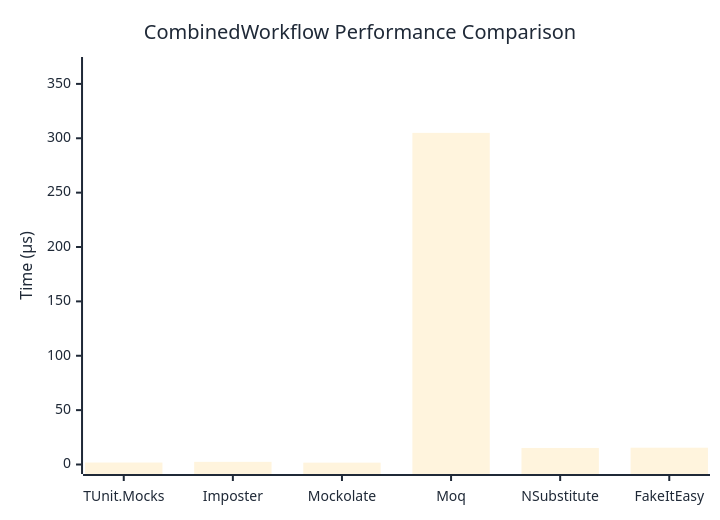
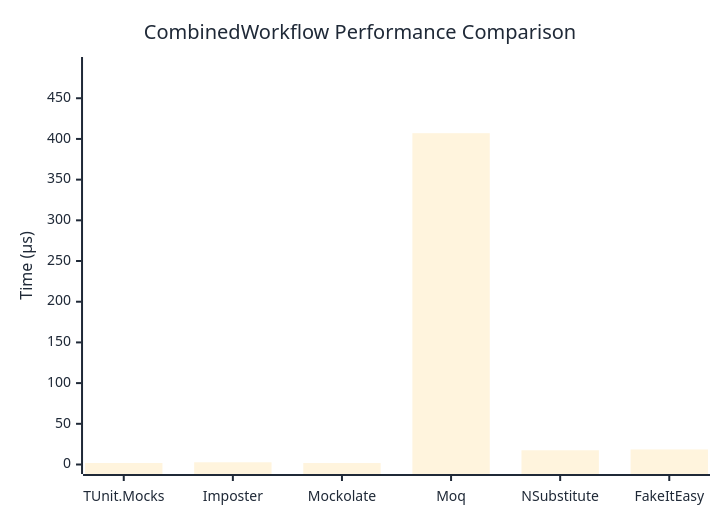
One commit to thomhurst/TUnit changed the diagram in docs/docs/benchmarks/mocks/CombinedWorkflow.md. Above: the diagram before and after it, drawn with Mermaid. The commit also changed other lines of this file and 14 other files, not shown here.

````diff
--- a/docs/docs/benchmarks/mocks/CombinedWorkflow.md
+++ b/docs/docs/benchmarks/mocks/CombinedWorkflow.md
@@ -28,27 +28,27 @@
 ```mermaid
 %%{init: {
   'theme':'base',
   'themeVariables': {
     'primaryColor': '#2563eb',
     'primaryTextColor': '#1f2937',
     'primaryBorderColor': '#1e40af',
     'lineColor': '#6b7280',
     'secondaryColor': '#7c3aed',
     'tertiaryColor': '#dc2626',
     'background': '#ffffff',
     'pie1': '#2563eb',
     'pie2': '#7c3aed',
     'pie3': '#dc2626',
     'pie4': '#f59e0b',
     'pie5': '#10b981',
     'pie6': '#06b6d4',
     'pie7': '#ec4899',
     'pie8': '#6366f1'
   }
 }}%%
 xychart-beta
   title "CombinedWorkflow Performance Comparison"
   x-axis ["TUnit.Mocks", "Imposter", "Mockolate", "Moq", "NSubstitute", "FakeItEasy"]
-  y-axis "Time (μs)" 0 --> 366
-  bar [1.811, 2.445, 1.697, 304.954, 15.209, 15.443]
+  y-axis "Time (μs)" 0 --> 489
+  bar [1.839, 2.729, 1.788, 407.074, 17.485, 18.476]
 ```
````
